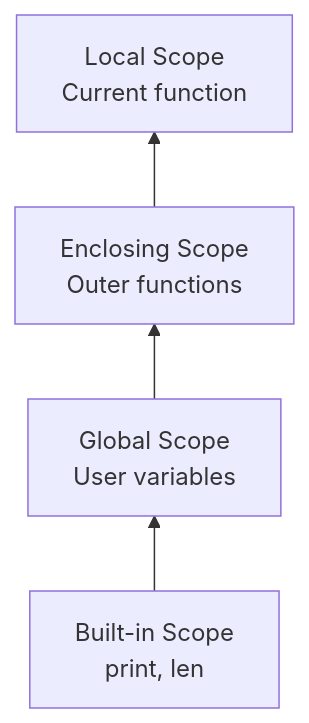
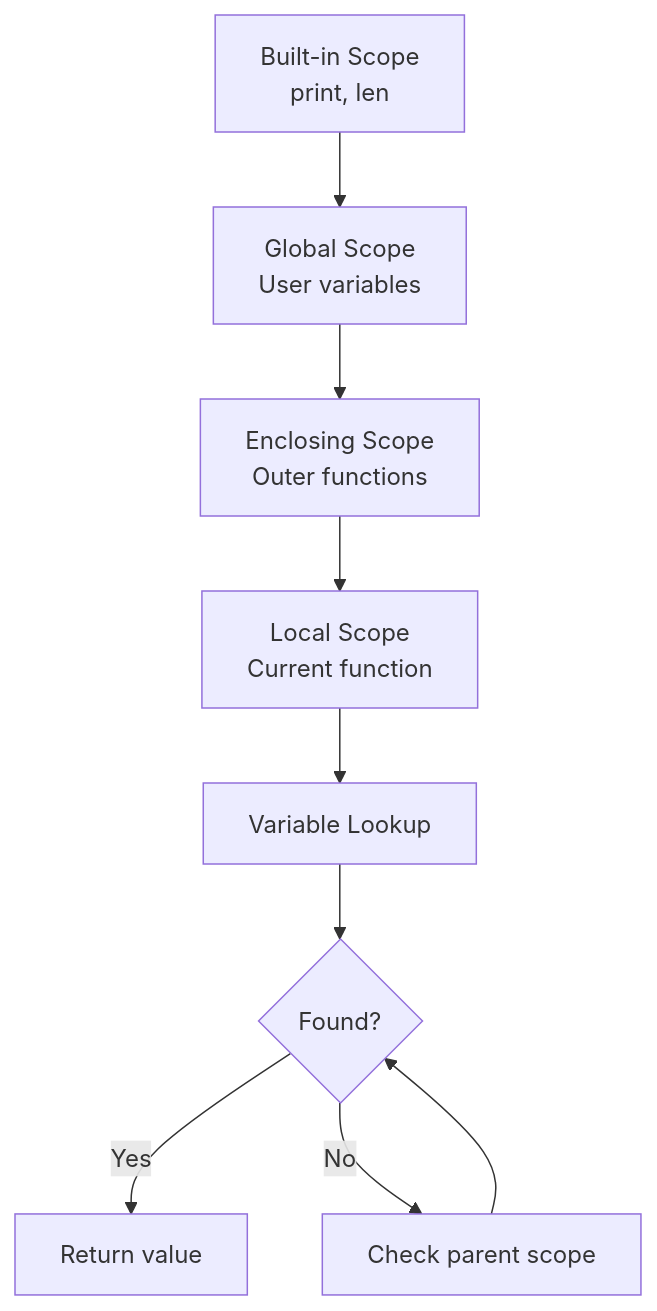
The fourth of 5 diagrams in README.MD (SoumyaCodercpp/interpreter_ui), drawn with Mermaid before and after one commit. The commit also changed other lines of this file, not shown here.

````diff
--- a/README.MD
+++ b/README.MD
@@ -301,6 +313,13 @@
 ```mermaid
-flowchart BT
-    A[Built-in Scope<br/>print, len] --> B[Global Scope<br/>User variables]
-    B --> C[Enclosing Scope<br/>Outer functions]
-    C --> D[Local Scope<br/>Current function]
+flowchart TD
+    Builtin[Built-in Scope<br/>print, len] 
+    Builtin --> Global[Global Scope<br/>User variables]
+    Global --> Enclosing[Enclosing Scope<br/>Outer functions]
+    Enclosing --> Local[Local Scope<br/>Current function]
+    
+    Local --> Lookup[Variable Lookup]
+    Lookup --> Found{Found?}
+    Found -->|Yes| Return[Return value]
+    Found -->|No| Parent[Check parent scope]
+    Parent --> Found
 ```
````
